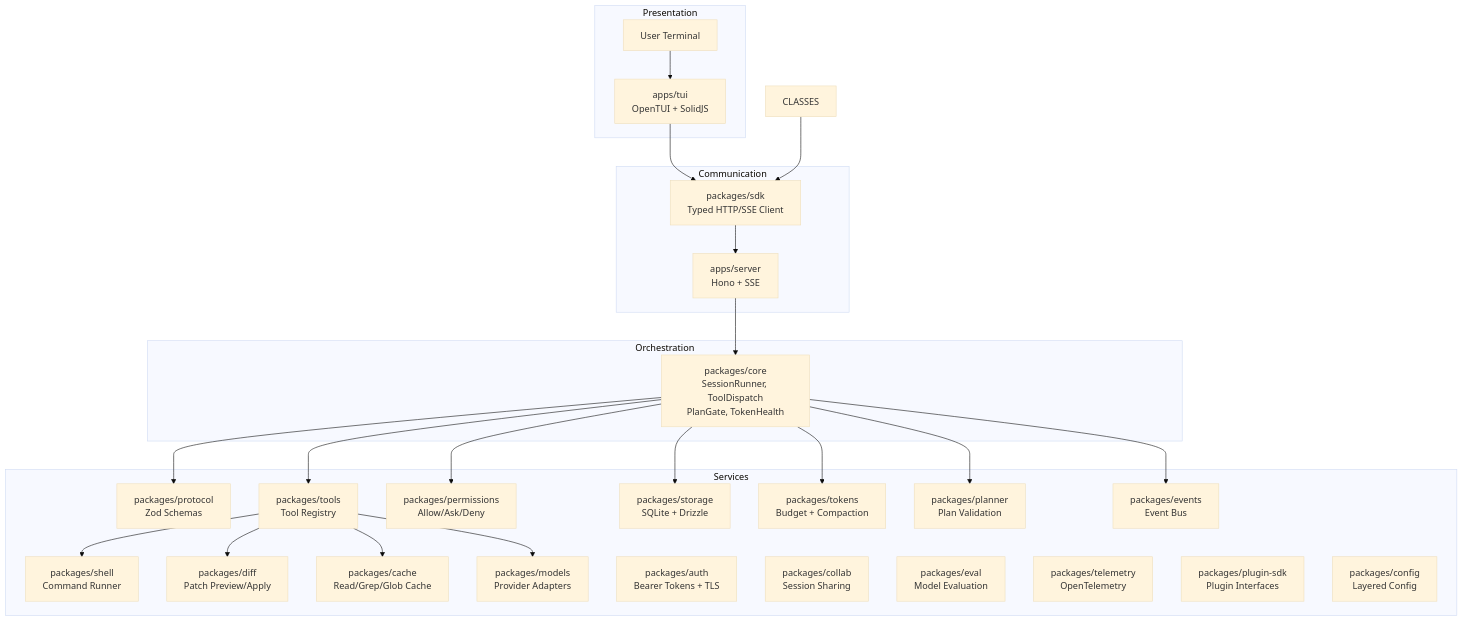
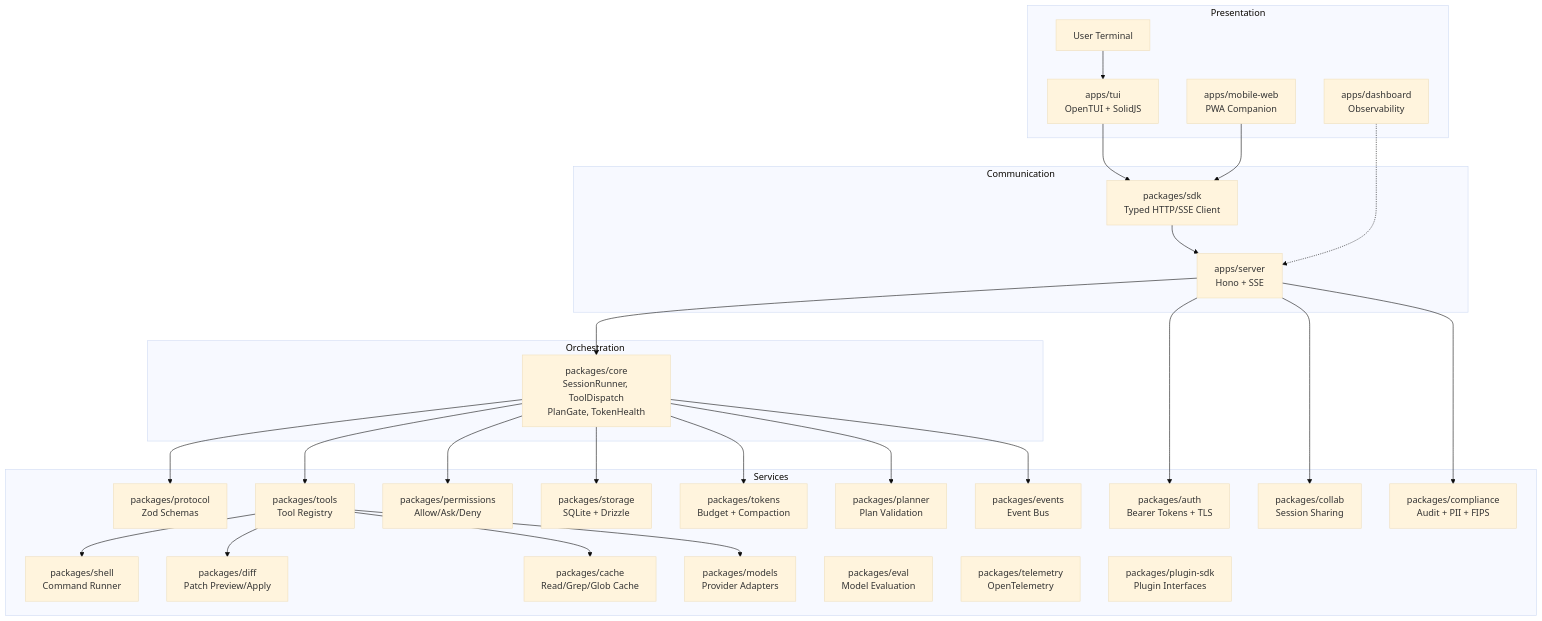
The diagram in docs/dev/02_ARCHITECTURE.md (MerverliPy/agent-workbench), drawn with Mermaid (base theme) before and after one commit. The commit also changed other lines of this file and 72 other files, not shown here.

First line of the commit message:
Phase 30 cleanup: MOA audit fixes, SBOM rewrite, dashboard SDK wiring, arch docs

````diff
--- a/docs/dev/02_ARCHITECTURE.md
+++ b/docs/dev/02_ARCHITECTURE.md
@@ -15,50 +17,56 @@
 ```mermaid
 graph TB
     subgraph "Presentation"
         TERM[User Terminal]
         TUI[apps/tui<br/>OpenTUI + SolidJS]
+        MOBILE[apps/mobile-web<br/>PWA Companion]
+        DASHBOARD[apps/dashboard<br/>Observability]
     end
     subgraph "Communication"
         SDK[packages/sdk<br/>Typed HTTP/SSE Client]
         SRV[apps/server<br/>Hono + SSE]
     end
     subgraph "Orchestration"
         CORE[packages/core<br/>SessionRunner, ToolDispatch<br/>PlanGate, TokenHealth]
     end
     subgraph "Services"
         PROTO[packages/protocol<br/>Zod Schemas]
         TOOLS[packages/tools<br/>Tool Registry]
         PERM[packages/permissions<br/>Allow/Ask/Deny]
         SHELL[packages/shell<br/>Command Runner]
         STORE[packages/storage<br/>SQLite + Drizzle]
         TOK[packages/tokens<br/>Budget + Compaction]
         DIFF[packages/diff<br/>Patch Preview/Apply]
         PLNR[packages/planner<br/>Plan Validation]
         CACHE[packages/cache<br/>Read/Grep/Glob Cache]
         MODELS[packages/models<br/>Provider Adapters]
         EVT[packages/events<br/>Event Bus]
         AUTH[packages/auth<br/>Bearer Tokens + TLS]
         COLLAB[packages/collab<br/>Session Sharing]
         EVAL[packages/eval<br/>Model Evaluation]
         TELE[packages/telemetry<br/>OpenTelemetry]
         PLUGIN[packages/plugin-sdk<br/>Plugin Interfaces]
-        CONFIG[packages/config<br/>Layered Config]
+        COMPLY[packages/compliance<br/>Audit + PII + FIPS]
     end
 
     TERM --> TUI
     TUI --> SDK
-    CLASSES --> SDK
     SDK --> SRV
+    MOBILE --> SDK
+    DASHBOARD -.-> SRV
     SRV --> CORE
     CORE --> PROTO
     CORE --> PERM
     CORE --> TOOLS
     CORE --> STORE
     CORE --> PLNR
     CORE --> TOK
     TOOLS --> SHELL
     TOOLS --> DIFF
     TOOLS --> CACHE
     TOOLS --> MODELS
     CORE --> EVT
+    SRV --> AUTH
+    SRV --> COLLAB
+    SRV --> COMPLY
 ```
````
